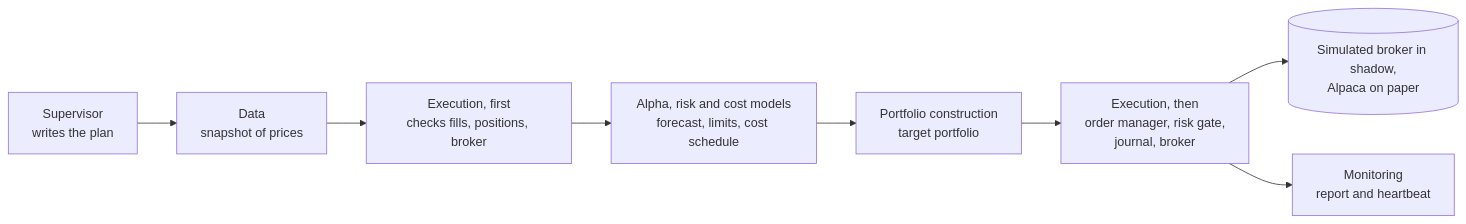
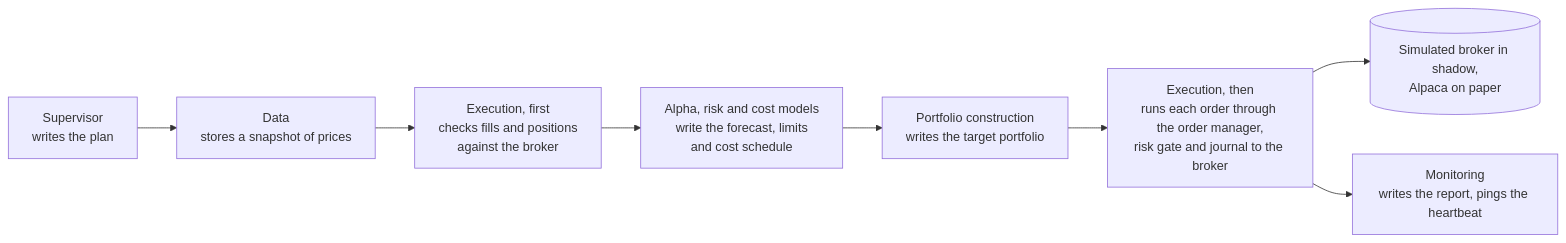
One commit to l3a0/ithildin-runtime changed the first of 35 diagrams in docs/architecture.md. Above: the diagram before and after it, drawn with Mermaid. The commit also changed other lines of this file and 2 other files, not shown here.

First line of the commit message:
docs: restyle the words in the Mermaid diagrams

````diff
--- a/docs/architecture.md
+++ b/docs/architecture.md
@@ -37,10 +37,10 @@
 ```mermaid
 flowchart LR
-    sup["Supervisor<br/>writes the plan"] --> data["Data<br/>snapshot of prices"]
-    data --> recover["Execution, first<br/>checks fills, positions, broker"]
-    recover --> models["Alpha, risk and cost models<br/>forecast, limits, cost schedule"]
-    models --> pc["Portfolio construction<br/>target portfolio"]
-    pc --> send["Execution, then<br/>order manager, risk gate,<br/>journal, broker"]
+    sup["Supervisor<br/>writes the plan"] --> data["Data<br/>stores a snapshot of prices"]
+    data --> recover["Execution, first<br/>checks fills and positions<br/>against the broker"]
+    recover --> models["Alpha, risk and cost models<br/>write the forecast, limits<br/>and cost schedule"]
+    models --> pc["Portfolio construction<br/>writes the target portfolio"]
+    pc --> send["Execution, then<br/>runs each order through the order manager,<br/>risk gate and journal to the broker"]
     send --> broker[("Simulated broker in shadow,<br/>Alpaca on paper")]
-    send --> mon["Monitoring<br/>report and heartbeat"]
+    send --> mon["Monitoring<br/>writes the report, pings the heartbeat"]
 ```
````
